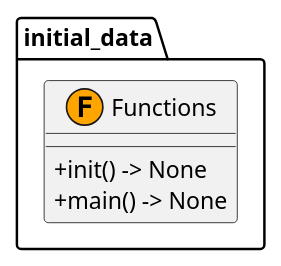
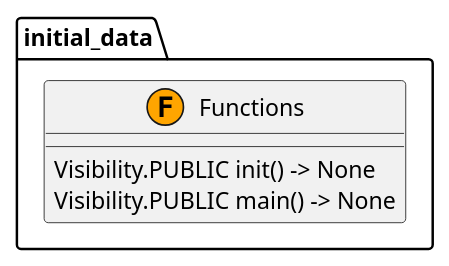
Before and after one commit to jswans33/my-full-stack-fastapi-template: the diagram in docs/source/_generated_uml/initial_data.puml, drawn with PlantUML. The commit also changed 62 other files, not shown here.

Commit message:
Add UML generator module and update visibility for functions in UML diagrams

```diff
--- a/docs/source/_generated_uml/initial_data.puml
+++ b/docs/source/_generated_uml/initial_data.puml
@@ -1,12 +1,12 @@
 @startuml
 skinparam classAttributeIconSize 0
 
 package "initial_data" {
   class Functions <<(F,orange)>> {
-    + init() -> None
-    + main() -> None
+    Visibility.PUBLIC init() -> None
+    Visibility.PUBLIC main() -> None
   }
 }
 
 ' Relationships
 @enduml
```
